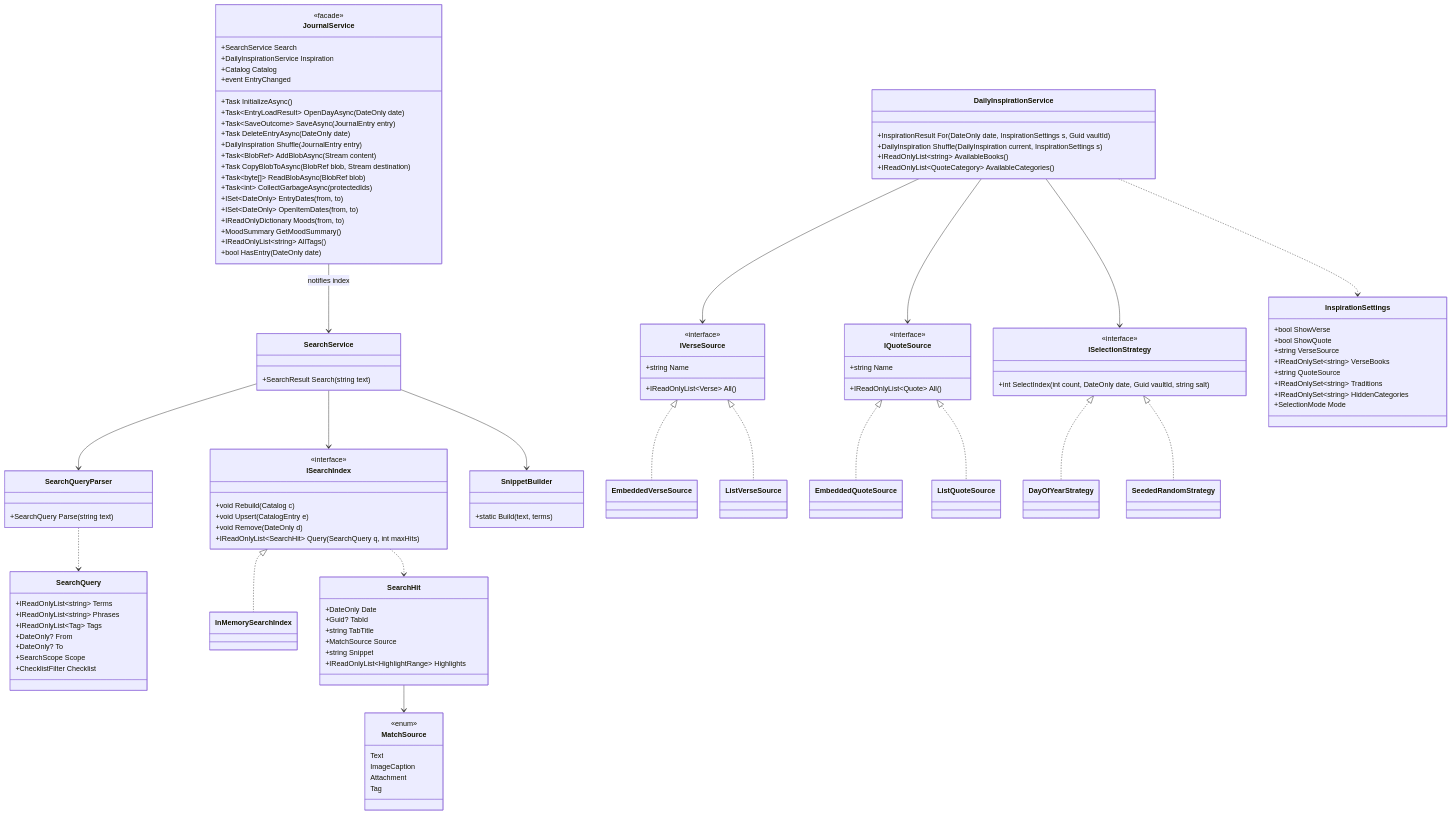
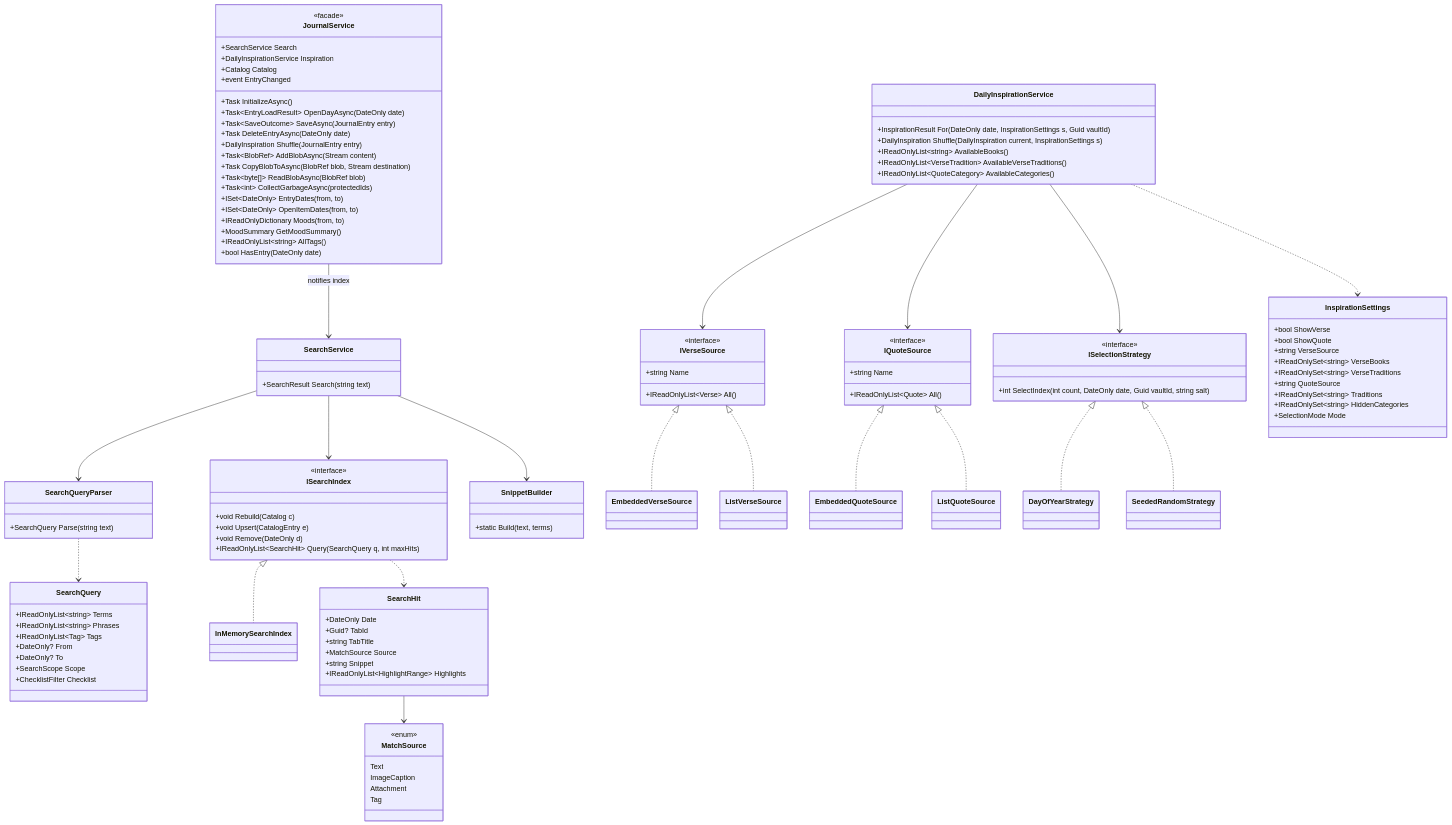
Before and after one commit to johnovanni/Journal: the seventh of 8 diagrams in docs/Architecture.md, drawn with Mermaid. The commit also changed other lines of this file and 24 other files, not shown here.

```diff
--- a/docs/Architecture.md
+++ b/docs/Architecture.md
@@ -710,6 +714,7 @@
         +InspirationResult For(DateOnly date, InspirationSettings s, Guid vaultId)
         +DailyInspiration Shuffle(DailyInspiration current, InspirationSettings s)
         +IReadOnlyList~string~ AvailableBooks()
+        +IReadOnlyList~VerseTradition~ AvailableVerseTraditions()
         +IReadOnlyList~QuoteCategory~ AvailableCategories()
     }
     class IVerseSource {
@@ -737,6 +742,7 @@
         +bool ShowQuote
         +string VerseSource
         +IReadOnlySet~string~ VerseBooks
+        +IReadOnlySet~string~ VerseTraditions
         +string QuoteSource
         +IReadOnlySet~string~ Traditions
         +IReadOnlySet~string~ HiddenCategories
```
